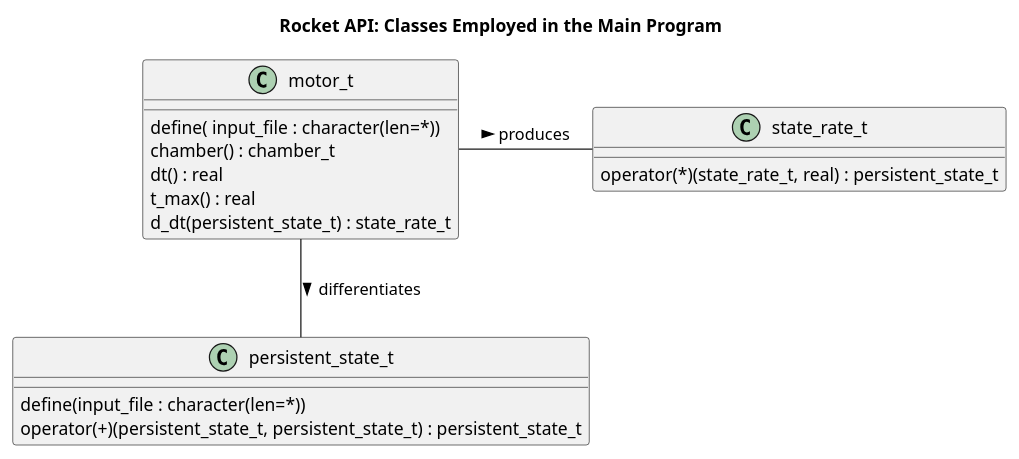
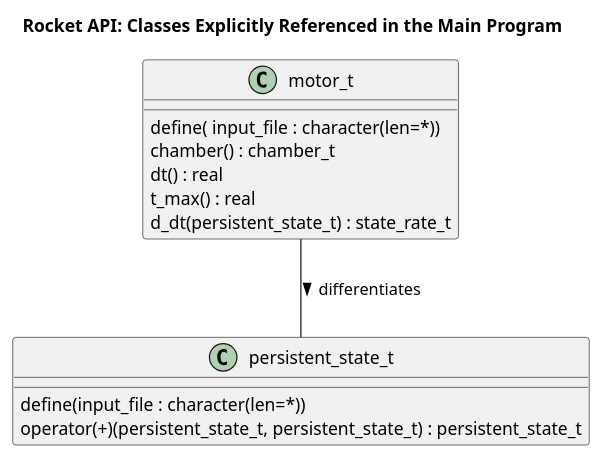
The diagram in doc/api.puml (sourceryinstitute/rocket-science), drawn with PlantUML before and after one commit. The commit also changed 2 other files, not shown here.

Commit message:
refine the UML diagrams

```diff
--- a/doc/api.puml
+++ b/doc/api.puml
@@ -1,22 +1,17 @@
 @startuml
-Title Rocket API: Classes Employed in the Main Program
+Title Rocket API: Classes Explicitly Referenced in the Main Program
 class motor_t {
   define( input_file : character(len=*))
   chamber() : chamber_t
   dt() : real
   t_max() : real
   d_dt(persistent_state_t) : state_rate_t
 }
 
-motor_t -right- state_rate_t : produces >
 motor_t -down- persistent_state_t  : differentiates >
-
-class state_rate_t {
-  operator(*)(state_rate_t, real) : persistent_state_t
-}
 
 class persistent_state_t {
   define(input_file : character(len=*))
   operator(+)(persistent_state_t, persistent_state_t) : persistent_state_t
 }
 @enduml
```
